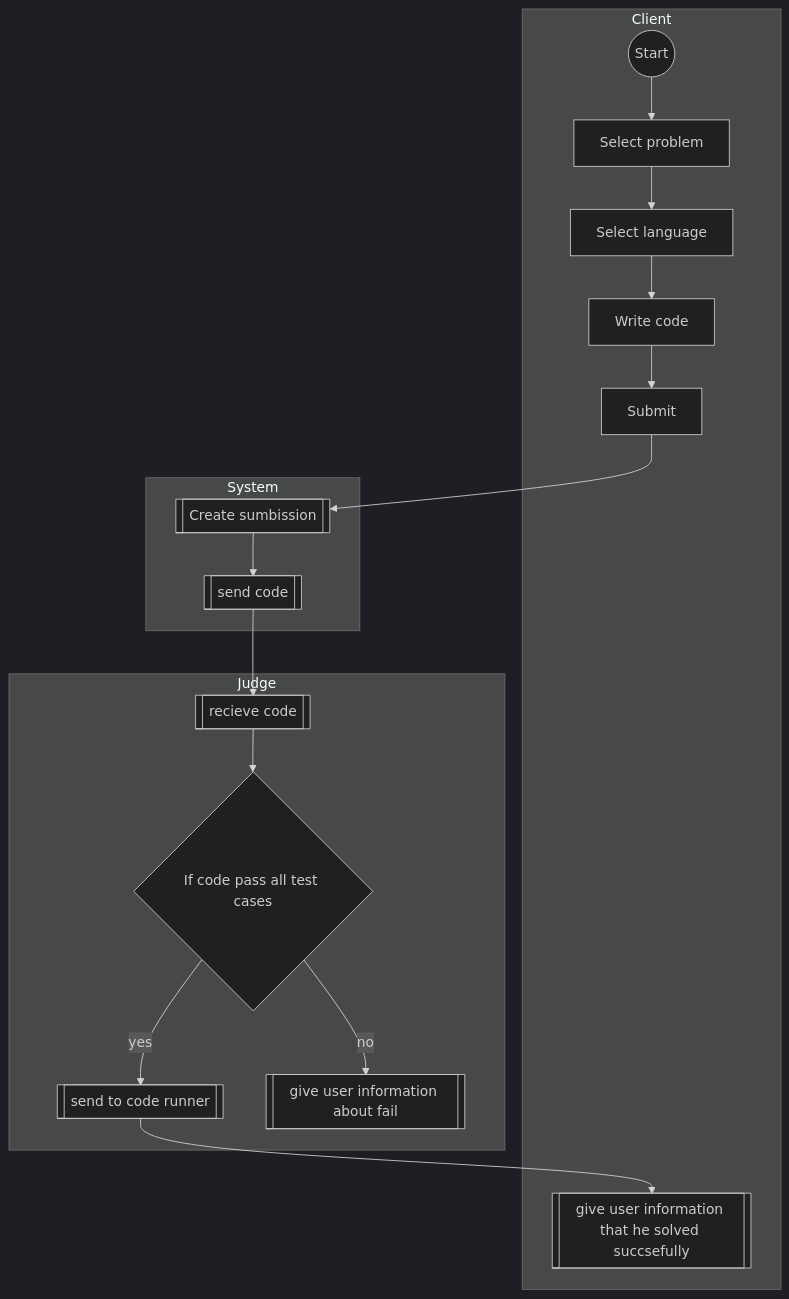
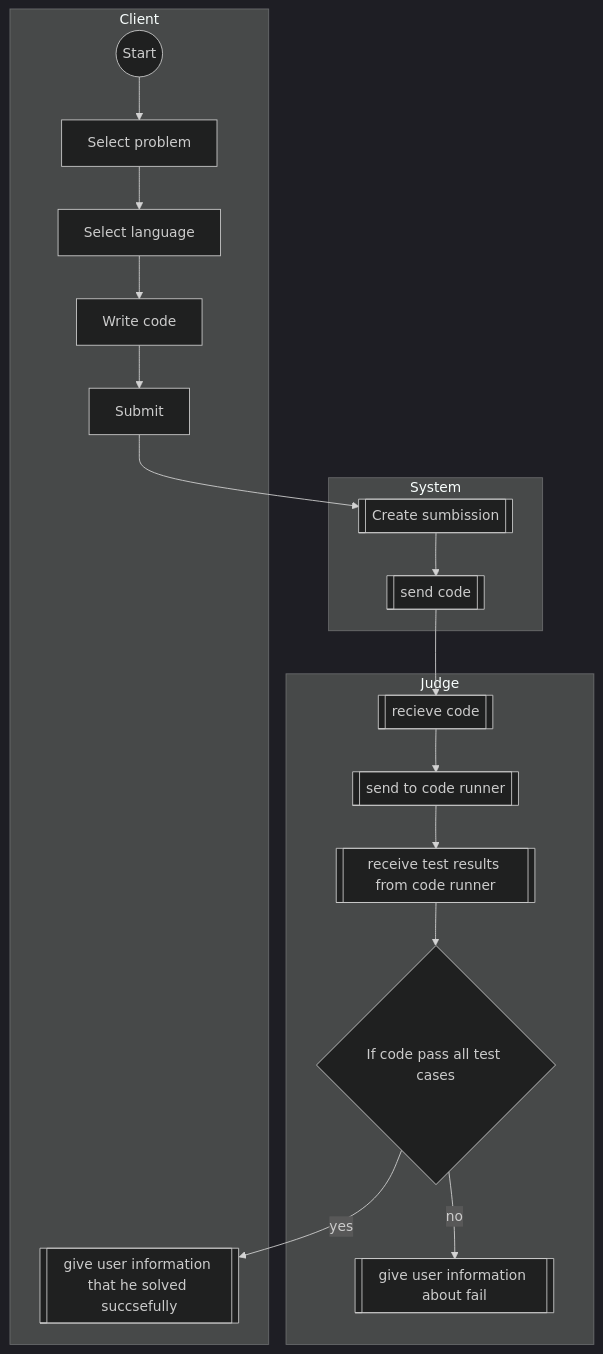
The diagram in lab4/activity.md (Cammp3r/KPI-2-LABS), drawn with Mermaid (dark theme) before and after one commit. The commit also changed 2 other files, not shown here.

Commit message:
upd of activity 2

````diff
--- a/lab4/activity.md
+++ b/lab4/activity.md
@@ -1,23 +1,24 @@
 ```mermaid
 flowchart TD
     subgraph Client
         A((Start)) --> B[Select problem]
         B --> C[Select language]
         C --> D[Write code]
         D --> E[Submit]
         D1
         end
     subgraph System
         E --> F[[Create sumbission]]
         F --> G0[[send code]]
         
     end
     subgraph Judge
     G0 --> G1[[recieve code]]
-    G1 --> G{If code pass all test cases}
-    G --> |yes| G2[[send to code runner]]
+    G1 --> G2[[send to code runner]]
+    G2 --> G4[[receive test results from code runner]]
+    G4 --> G{If code pass all test cases}
     G --> |no| G3[[give user information about fail]]
-    G2 --> D1[[give user information that he solved succsefully]]
+    G --> |yes| D1[[give user information that he solved succsefully]]
     end
 
 ```
````
